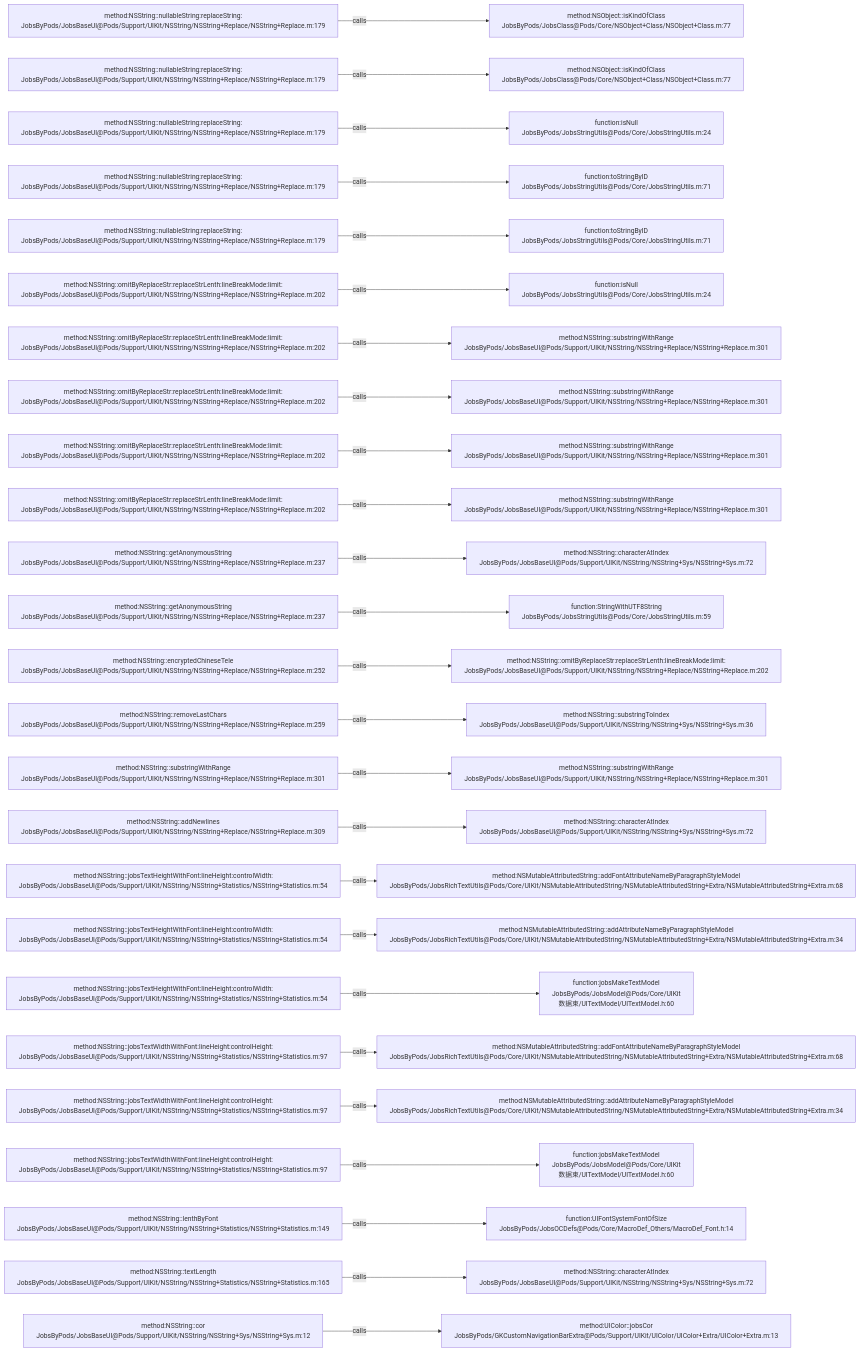
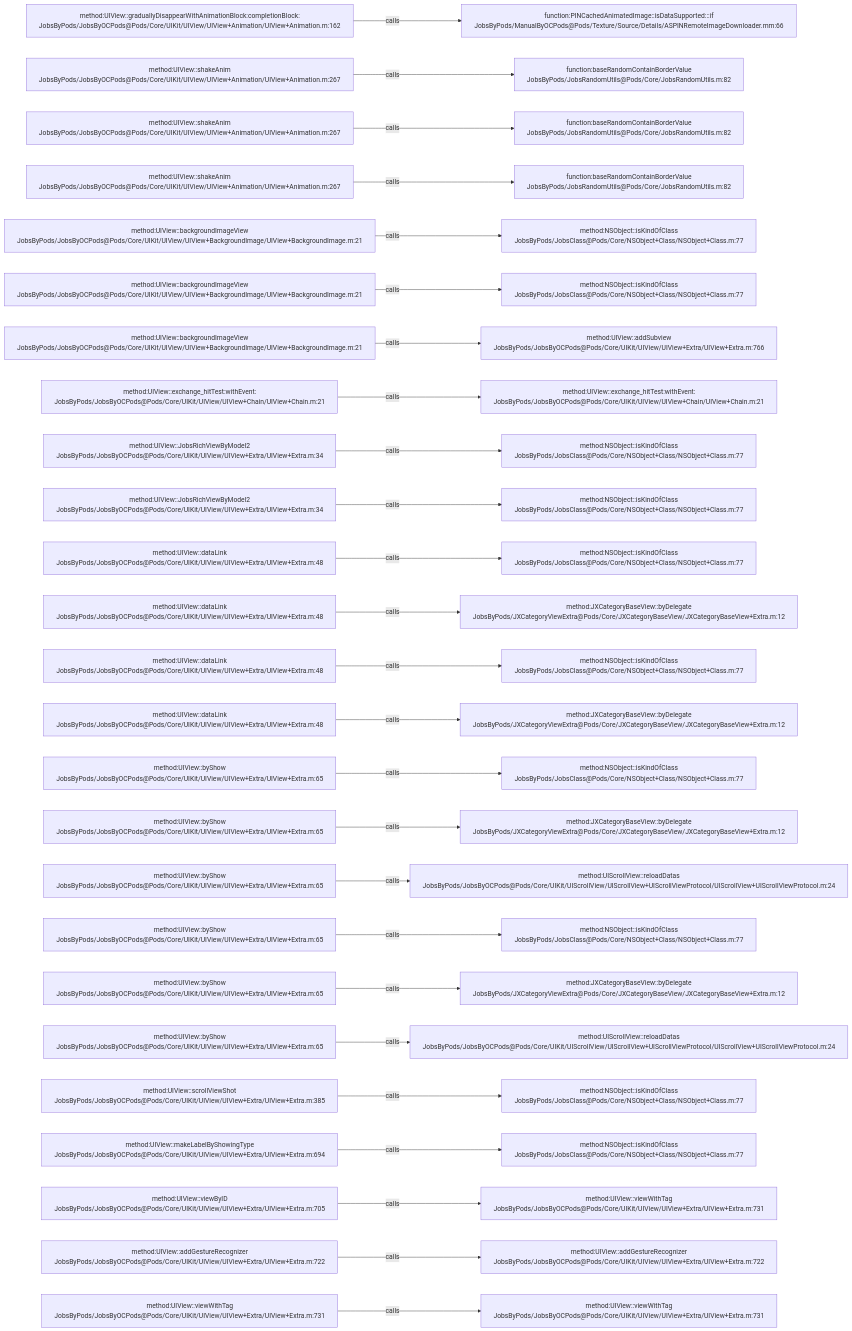
Before and after one commit to JobsKits/JobsOCBaseConfigDemo: the diagram in .codegraph/codegraph.md/graphs/calls-039.md, drawn with Mermaid. The commit also changed 573 other files, not shown here.

````diff
--- a/.codegraph/codegraph.md/graphs/calls-039.md
+++ b/.codegraph/codegraph.md/graphs/calls-039.md
@@ -13,78 +13,78 @@
 ```mermaid
 flowchart LR
-  S1["method:NSString::nullableString:replaceString:<br/>JobsByPods/JobsBaseUI@Pods/Support/UIKit/NSString/NSString+Replace/NSString+Replace.m:179"]
-  T1["method:NSObject::isKindOfClass<br/>JobsByPods/JobsClass@Pods/Core/NSObject+Class/NSObject+Class.m:77"]
+  S1["method:UIView::graduallyDisappearWithAnimationBlock:completionBlock:<br/>JobsByPods/JobsByOCPods@Pods/Core/UIKit/UIView/UIView+Animation/UIView+Animation.m:162"]
+  T1["function:PINCachedAnimatedImage::isDataSupported:::if<br/>JobsByPods/ManualByOCPods@Pods/Texture/Source/Details/ASPINRemoteImageDownloader.mm:66"]
   S1 -->|calls| T1
-  S2["method:NSString::nullableString:replaceString:<br/>JobsByPods/JobsBaseUI@Pods/Support/UIKit/NSString/NSString+Replace/NSString+Replace.m:179"]
-  T2["method:NSObject::isKindOfClass<br/>JobsByPods/JobsClass@Pods/Core/NSObject+Class/NSObject+Class.m:77"]
+  S2["method:UIView::shakeAnim<br/>JobsByPods/JobsByOCPods@Pods/Core/UIKit/UIView/UIView+Animation/UIView+Animation.m:267"]
+  T2["function:baseRandomContainBorderValue<br/>JobsByPods/JobsRandomUtils@Pods/Core/JobsRandomUtils.m:82"]
   S2 -->|calls| T2
-  S3["method:NSString::nullableString:replaceString:<br/>JobsByPods/JobsBaseUI@Pods/Support/UIKit/NSString/NSString+Replace/NSString+Replace.m:179"]
-  T3["function:isNull<br/>JobsByPods/JobsStringUtils@Pods/Core/JobsStringUtils.m:24"]
+  S3["method:UIView::shakeAnim<br/>JobsByPods/JobsByOCPods@Pods/Core/UIKit/UIView/UIView+Animation/UIView+Animation.m:267"]
+  T3["function:baseRandomContainBorderValue<br/>JobsByPods/JobsRandomUtils@Pods/Core/JobsRandomUtils.m:82"]
   S3 -->|calls| T3
-  S4["method:NSString::nullableString:replaceString:<br/>JobsByPods/JobsBaseUI@Pods/Support/UIKit/NSString/NSString+Replace/NSString+Replace.m:179"]
-  T4["function:toStringByID<br/>JobsByPods/JobsStringUtils@Pods/Core/JobsStringUtils.m:71"]
+  S4["method:UIView::shakeAnim<br/>JobsByPods/JobsByOCPods@Pods/Core/UIKit/UIView/UIView+Animation/UIView+Animation.m:267"]
+  T4["function:baseRandomContainBorderValue<br/>JobsByPods/JobsRandomUtils@Pods/Core/JobsRandomUtils.m:82"]
   S4 -->|calls| T4
-  S5["method:NSString::nullableString:replaceString:<br/>JobsByPods/JobsBaseUI@Pods/Support/UIKit/NSString/NSString+Replace/NSString+Replace.m:179"]
-  T5["function:toStringByID<br/>JobsByPods/JobsStringUtils@Pods/Core/JobsStringUtils.m:71"]
+  S5["method:UIView::backgroundImageView<br/>JobsByPods/JobsByOCPods@Pods/Core/UIKit/UIView/UIView+BackgroundImage/UIView+BackgroundImage.m:21"]
+  T5["method:NSObject::isKindOfClass<br/>JobsByPods/JobsClass@Pods/Core/NSObject+Class/NSObject+Class.m:77"]
   S5 -->|calls| T5
-  S6["method:NSString::omitByReplaceStr:replaceStrLenth:lineBreakMode:limit:<br/>JobsByPods/JobsBaseUI@Pods/Support/UIKit/NSString/NSString+Replace/NSString+Replace.m:202"]
-  T6["function:isNull<br/>JobsByPods/JobsStringUtils@Pods/Core/JobsStringUtils.m:24"]
+  S6["method:UIView::backgroundImageView<br/>JobsByPods/JobsByOCPods@Pods/Core/UIKit/UIView/UIView+BackgroundImage/UIView+BackgroundImage.m:21"]
+  T6["method:NSObject::isKindOfClass<br/>JobsByPods/JobsClass@Pods/Core/NSObject+Class/NSObject+Class.m:77"]
   S6 -->|calls| T6
-  S7["method:NSString::omitByReplaceStr:replaceStrLenth:lineBreakMode:limit:<br/>JobsByPods/JobsBaseUI@Pods/Support/UIKit/NSString/NSString+Replace/NSString+Replace.m:202"]
-  T7["method:NSString::substringWithRange<br/>JobsByPods/JobsBaseUI@Pods/Support/UIKit/NSString/NSString+Replace/NSString+Replace.m:301"]
+  S7["method:UIView::backgroundImageView<br/>JobsByPods/JobsByOCPods@Pods/Core/UIKit/UIView/UIView+BackgroundImage/UIView+BackgroundImage.m:21"]
+  T7["method:UIView::addSubview<br/>JobsByPods/JobsByOCPods@Pods/Core/UIKit/UIView/UIView+Extra/UIView+Extra.m:766"]
   S7 -->|calls| T7
-  S8["method:NSString::omitByReplaceStr:replaceStrLenth:lineBreakMode:limit:<br/>JobsByPods/JobsBaseUI@Pods/Support/UIKit/NSString/NSString+Replace/NSString+Replace.m:202"]
-  T8["method:NSString::substringWithRange<br/>JobsByPods/JobsBaseUI@Pods/Support/UIKit/NSString/NSString+Replace/NSString+Replace.m:301"]
+  S8["method:UIView::exchange_hitTest:withEvent:<br/>JobsByPods/JobsByOCPods@Pods/Core/UIKit/UIView/UIView+Chain/UIView+Chain.m:21"]
+  T8["method:UIView::exchange_hitTest:withEvent:<br/>JobsByPods/JobsByOCPods@Pods/Core/UIKit/UIView/UIView+Chain/UIView+Chain.m:21"]
   S8 -->|calls| T8
-  S9["method:NSString::omitByReplaceStr:replaceStrLenth:lineBreakMode:limit:<br/>JobsByPods/JobsBaseUI@Pods/Support/UIKit/NSString/NSString+Replace/NSString+Replace.m:202"]
-  T9["method:NSString::substringWithRange<br/>JobsByPods/JobsBaseUI@Pods/Support/UIKit/NSString/NSString+Replace/NSString+Replace.m:301"]
+  S9["method:UIView::JobsRichViewByModel2<br/>JobsByPods/JobsByOCPods@Pods/Core/UIKit/UIView/UIView+Extra/UIView+Extra.m:34"]
+  T9["method:NSObject::isKindOfClass<br/>JobsByPods/JobsClass@Pods/Core/NSObject+Class/NSObject+Class.m:77"]
   S9 -->|calls| T9
-  S10["method:NSString::omitByReplaceStr:replaceStrLenth:lineBreakMode:limit:<br/>JobsByPods/JobsBaseUI@Pods/Support/UIKit/NSString/NSString+Replace/NSString+Replace.m:202"]
-  T10["method:NSString::substringWithRange<br/>JobsByPods/JobsBaseUI@Pods/Support/UIKit/NSString/NSString+Replace/NSString+Replace.m:301"]
+  S10["method:UIView::JobsRichViewByModel2<br/>JobsByPods/JobsByOCPods@Pods/Core/UIKit/UIView/UIView+Extra/UIView+Extra.m:34"]
+  T10["method:NSObject::isKindOfClass<br/>JobsByPods/JobsClass@Pods/Core/NSObject+Class/NSObject+Class.m:77"]
   S10 -->|calls| T10
-  S11["method:NSString::getAnonymousString<br/>JobsByPods/JobsBaseUI@Pods/Support/UIKit/NSString/NSString+Replace/NSString+Replace.m:237"]
-  T11["method:NSString::characterAtIndex<br/>JobsByPods/JobsBaseUI@Pods/Support/UIKit/NSString/NSString+Sys/NSString+Sys.m:72"]
+  S11["method:UIView::dataLink<br/>JobsByPods/JobsByOCPods@Pods/Core/UIKit/UIView/UIView+Extra/UIView+Extra.m:48"]
+  T11["method:NSObject::isKindOfClass<br/>JobsByPods/JobsClass@Pods/Core/NSObject+Class/NSObject+Class.m:77"]
   S11 -->|calls| T11
-  S12["method:NSString::getAnonymousString<br/>JobsByPods/JobsBaseUI@Pods/Support/UIKit/NSString/NSString+Replace/NSString+Replace.m:237"]
-  T12["function:StringWithUTF8String<br/>JobsByPods/JobsStringUtils@Pods/Core/JobsStringUtils.m:59"]
+  S12["method:UIView::dataLink<br/>JobsByPods/JobsByOCPods@Pods/Core/UIKit/UIView/UIView+Extra/UIView+Extra.m:48"]
+  T12["method:JXCategoryBaseView::byDelegate<br/>JobsByPods/JXCategoryViewExtra@Pods/Core/JXCategoryBaseView/JXCategoryBaseView+Extra.m:12"]
   S12 -->|calls| T12
-  S13["method:NSString::encryptedChineseTele<br/>JobsByPods/JobsBaseUI@Pods/Support/UIKit/NSString/NSString+Replace/NSString+Replace.m:252"]
-  T13["method:NSString::omitByReplaceStr:replaceStrLenth:lineBreakMode:limit:<br/>JobsByPods/JobsBaseUI@Pods/Support/UIKit/NSString/NSString+Replace/NSString+Replace.m:202"]
+  S13["method:UIView::dataLink<br/>JobsByPods/JobsByOCPods@Pods/Core/UIKit/UIView/UIView+Extra/UIView+Extra.m:48"]
+  T13["method:NSObject::isKindOfClass<br/>JobsByPods/JobsClass@Pods/Core/NSObject+Class/NSObject+Class.m:77"]
   S13 -->|calls| T13
-  S14["method:NSString::removeLastChars<br/>JobsByPods/JobsBaseUI@Pods/Support/UIKit/NSString/NSString+Replace/NSString+Replace.m:259"]
-  T14["method:NSString::substringToIndex<br/>JobsByPods/JobsBaseUI@Pods/Support/UIKit/NSString/NSString+Sys/NSString+Sys.m:36"]
+  S14["method:UIView::dataLink<br/>JobsByPods/JobsByOCPods@Pods/Core/UIKit/UIView/UIView+Extra/UIView+Extra.m:48"]
+  T14["method:JXCategoryBaseView::byDelegate<br/>JobsByPods/JXCategoryViewExtra@Pods/Core/JXCategoryBaseView/JXCategoryBaseView+Extra.m:12"]
   S14 -->|calls| T14
-  S15["method:NSString::substringWithRange<br/>JobsByPods/JobsBaseUI@Pods/Support/UIKit/NSString/NSString+Replace/NSString+Replace.m:301"]
-  T15["method:NSString::substringWithRange<br/>JobsByPods/JobsBaseUI@Pods/Support/UIKit/NSString/NSString+Replace/NSString+Replace.m:301"]
+  S15["method:UIView::byShow<br/>JobsByPods/JobsByOCPods@Pods/Core/UIKit/UIView/UIView+Extra/UIView+Extra.m:65"]
+  T15["method:NSObject::isKindOfClass<br/>JobsByPods/JobsClass@Pods/Core/NSObject+Class/NSObject+Class.m:77"]
   S15 -->|calls| T15
-  S16["method:NSString::addNewlines<br/>JobsByPods/JobsBaseUI@Pods/Support/UIKit/NSString/NSString+Replace/NSString+Replace.m:309"]
-  T16["method:NSString::characterAtIndex<br/>JobsByPods/JobsBaseUI@Pods/Support/UIKit/NSString/NSString+Sys/NSString+Sys.m:72"]
+  S16["method:UIView::byShow<br/>JobsByPods/JobsByOCPods@Pods/Core/UIKit/UIView/UIView+Extra/UIView+Extra.m:65"]
+  T16["method:JXCategoryBaseView::byDelegate<br/>JobsByPods/JXCategoryViewExtra@Pods/Core/JXCategoryBaseView/JXCategoryBaseView+Extra.m:12"]
   S16 -->|calls| T16
-  S17["method:NSString::jobsTextHeightWithFont:lineHeight:controlWidth:<br/>JobsByPods/JobsBaseUI@Pods/Support/UIKit/NSString/NSString+Statistics/NSString+Statistics.m:54"]
-  T17["method:NSMutableAttributedString::addFontAttributeNameByParagraphStyleModel<br/>JobsByPods/JobsRichTextUtils@Pods/Core/UIKit/NSMutableAttributedString/NSMutableAttributedString+Extra/NSMutableAttributedString+Extra.m:68"]
+  S17["method:UIView::byShow<br/>JobsByPods/JobsByOCPods@Pods/Core/UIKit/UIView/UIView+Extra/UIView+Extra.m:65"]
+  T17["method:UIScrollView::reloadDatas<br/>JobsByPods/JobsByOCPods@Pods/Core/UIKit/UIScrollView/UIScrollView+UIScrollViewProtocol/UIScrollView+UIScrollViewProtocol.m:24"]
   S17 -->|calls| T17
-  S18["method:NSString::jobsTextHeightWithFont:lineHeight:controlWidth:<br/>JobsByPods/JobsBaseUI@Pods/Support/UIKit/NSString/NSString+Statistics/NSString+Statistics.m:54"]
-  T18["method:NSMutableAttributedString::addAttributeNameByParagraphStyleModel<br/>JobsByPods/JobsRichTextUtils@Pods/Core/UIKit/NSMutableAttributedString/NSMutableAttributedString+Extra/NSMutableAttributedString+Extra.m:34"]
+  S18["method:UIView::byShow<br/>JobsByPods/JobsByOCPods@Pods/Core/UIKit/UIView/UIView+Extra/UIView+Extra.m:65"]
+  T18["method:NSObject::isKindOfClass<br/>JobsByPods/JobsClass@Pods/Core/NSObject+Class/NSObject+Class.m:77"]
   S18 -->|calls| T18
-  S19["method:NSString::jobsTextHeightWithFont:lineHeight:controlWidth:<br/>JobsByPods/JobsBaseUI@Pods/Support/UIKit/NSString/NSString+Statistics/NSString+Statistics.m:54"]
-  T19["function:jobsMakeTextModel<br/>JobsByPods/JobsModel@Pods/Core/UIKit数据束/UITextModel/UITextModel.h:60"]
+  S19["method:UIView::byShow<br/>JobsByPods/JobsByOCPods@Pods/Core/UIKit/UIView/UIView+Extra/UIView+Extra.m:65"]
+  T19["method:JXCategoryBaseView::byDelegate<br/>JobsByPods/JXCategoryViewExtra@Pods/Core/JXCategoryBaseView/JXCategoryBaseView+Extra.m:12"]
   S19 -->|calls| T19
-  S20["method:NSString::jobsTextWidthWithFont:lineHeight:controlHeight:<br/>JobsByPods/JobsBaseUI@Pods/Support/UIKit/NSString/NSString+Statistics/NSString+Statistics.m:97"]
-  T20["method:NSMutableAttributedString::addFontAttributeNameByParagraphStyleModel<br/>JobsByPods/JobsRichTextUtils@Pods/Core/UIKit/NSMutableAttributedString/NSMutableAttributedString+Extra/NSMutableAttributedString+Extra.m:68"]
+  S20["method:UIView::byShow<br/>JobsByPods/JobsByOCPods@Pods/Core/UIKit/UIView/UIView+Extra/UIView+Extra.m:65"]
+  T20["method:UIScrollView::reloadDatas<br/>JobsByPods/JobsByOCPods@Pods/Core/UIKit/UIScrollView/UIScrollView+UIScrollViewProtocol/UIScrollView+UIScrollViewProtocol.m:24"]
   S20 -->|calls| T20
-  S21["method:NSString::jobsTextWidthWithFont:lineHeight:controlHeight:<br/>JobsByPods/JobsBaseUI@Pods/Support/UIKit/NSString/NSString+Statistics/NSString+Statistics.m:97"]
-  T21["method:NSMutableAttributedString::addAttributeNameByParagraphStyleModel<br/>JobsByPods/JobsRichTextUtils@Pods/Core/UIKit/NSMutableAttributedString/NSMutableAttributedString+Extra/NSMutableAttributedString+Extra.m:34"]
+  S21["method:UIView::scrollViewShot<br/>JobsByPods/JobsByOCPods@Pods/Core/UIKit/UIView/UIView+Extra/UIView+Extra.m:385"]
+  T21["method:NSObject::isKindOfClass<br/>JobsByPods/JobsClass@Pods/Core/NSObject+Class/NSObject+Class.m:77"]
   S21 -->|calls| T21
-  S22["method:NSString::jobsTextWidthWithFont:lineHeight:controlHeight:<br/>JobsByPods/JobsBaseUI@Pods/Support/UIKit/NSString/NSString+Statistics/NSString+Statistics.m:97"]
-  T22["function:jobsMakeTextModel<br/>JobsByPods/JobsModel@Pods/Core/UIKit数据束/UITextModel/UITextModel.h:60"]
+  S22["method:UIView::makeLabelByShowingType<br/>JobsByPods/JobsByOCPods@Pods/Core/UIKit/UIView/UIView+Extra/UIView+Extra.m:694"]
+  T22["method:NSObject::isKindOfClass<br/>JobsByPods/JobsClass@Pods/Core/NSObject+Class/NSObject+Class.m:77"]
   S22 -->|calls| T22
-  S23["method:NSString::lenthByFont<br/>JobsByPods/JobsBaseUI@Pods/Support/UIKit/NSString/NSString+Statistics/NSString+Statistics.m:149"]
-  T23["function:UIFontSystemFontOfSize<br/>JobsByPods/JobsOCDefs@Pods/Core/MacroDef_Others/MacroDef_Font.h:14"]
+  S23["method:UIView::viewByID<br/>JobsByPods/JobsByOCPods@Pods/Core/UIKit/UIView/UIView+Extra/UIView+Extra.m:705"]
+  T23["method:UIView::viewWithTag<br/>JobsByPods/JobsByOCPods@Pods/Core/UIKit/UIView/UIView+Extra/UIView+Extra.m:731"]
   S23 -->|calls| T23
-  S24["method:NSString::textLength<br/>JobsByPods/JobsBaseUI@Pods/Support/UIKit/NSString/NSString+Statistics/NSString+Statistics.m:165"]
-  T24["method:NSString::characterAtIndex<br/>JobsByPods/JobsBaseUI@Pods/Support/UIKit/NSString/NSString+Sys/NSString+Sys.m:72"]
+  S24["method:UIView::addGestureRecognizer<br/>JobsByPods/JobsByOCPods@Pods/Core/UIKit/UIView/UIView+Extra/UIView+Extra.m:722"]
+  T24["method:UIView::addGestureRecognizer<br/>JobsByPods/JobsByOCPods@Pods/Core/UIKit/UIView/UIView+Extra/UIView+Extra.m:722"]
   S24 -->|calls| T24
-  S25["method:NSString::cor<br/>JobsByPods/JobsBaseUI@Pods/Support/UIKit/NSString/NSString+Sys/NSString+Sys.m:12"]
-  T25["method:UIColor::jobsCor<br/>JobsByPods/GKCustomNavigationBarExtra@Pods/Support/UIKit/UIColor/UIColor+Extra/UIColor+Extra.m:13"]
+  S25["method:UIView::viewWithTag<br/>JobsByPods/JobsByOCPods@Pods/Core/UIKit/UIView/UIView+Extra/UIView+Extra.m:731"]
+  T25["method:UIView::viewWithTag<br/>JobsByPods/JobsByOCPods@Pods/Core/UIKit/UIView/UIView+Extra/UIView+Extra.m:731"]
   S25 -->|calls| T25
 ```
````
